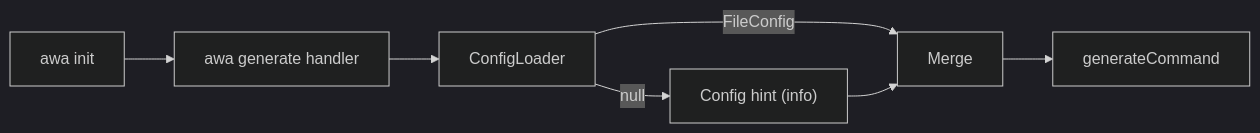
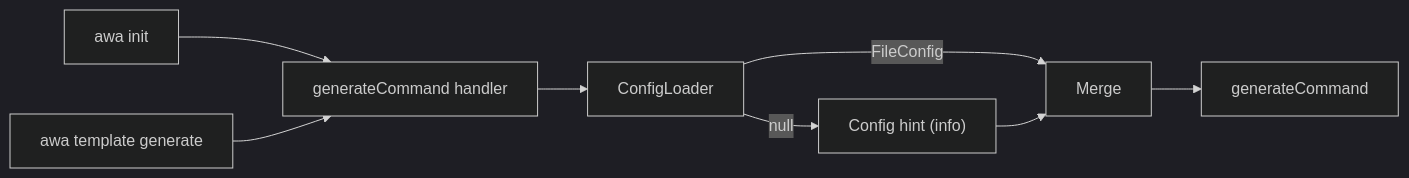
Before and after one commit to ncoderz/awa: the diagram in .awa/specs/DESIGN-INIT-init-alias.md, drawn with Mermaid (dark theme). The commit also changed other lines of this file and 58 other files, not shown here.

Commit message:
refactor: moved template type commands to sub-commands under `template` main command

````diff
--- a/.awa/specs/DESIGN-INIT-init-alias.md
+++ b/.awa/specs/DESIGN-INIT-init-alias.md
@@ -15,9 +15,10 @@
 ```mermaid
 flowchart LR
-    Init["awa init"] --> Generate["awa generate handler"]
+    Init["awa init"] --> Generate["generateCommand handler"]
+    TemplateGen["awa template generate"] --> Generate
     Generate --> ConfigLoader
     ConfigLoader -->|null| Hint["Config hint (info)"]
     ConfigLoader -->|FileConfig| Merge
     Hint --> Merge
     Merge --> Run["generateCommand"]
 ```
````
